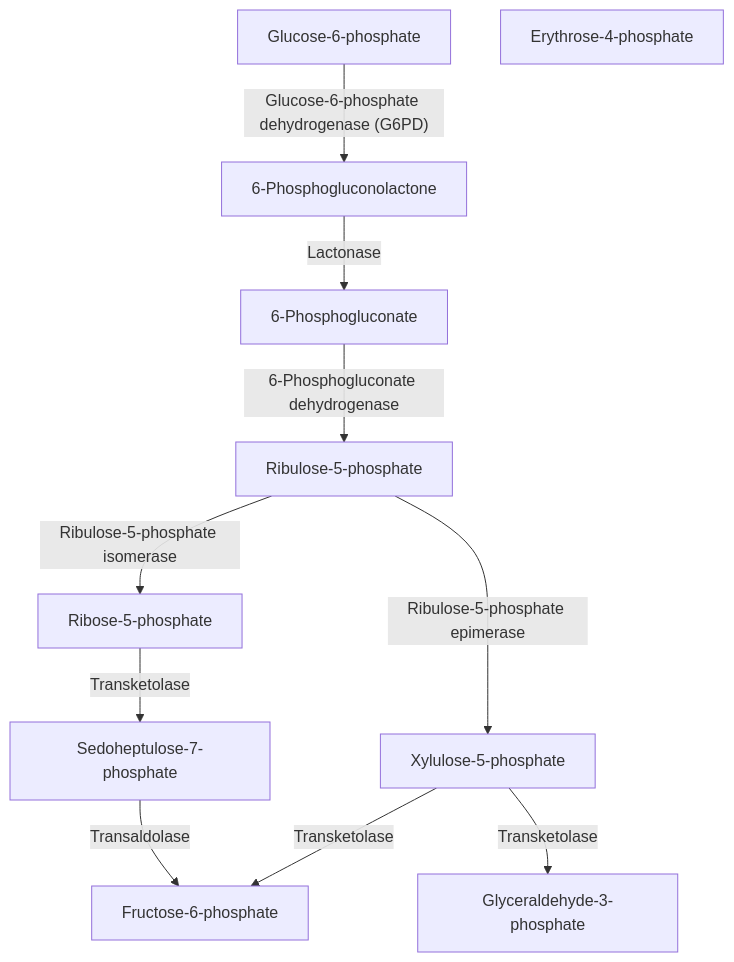
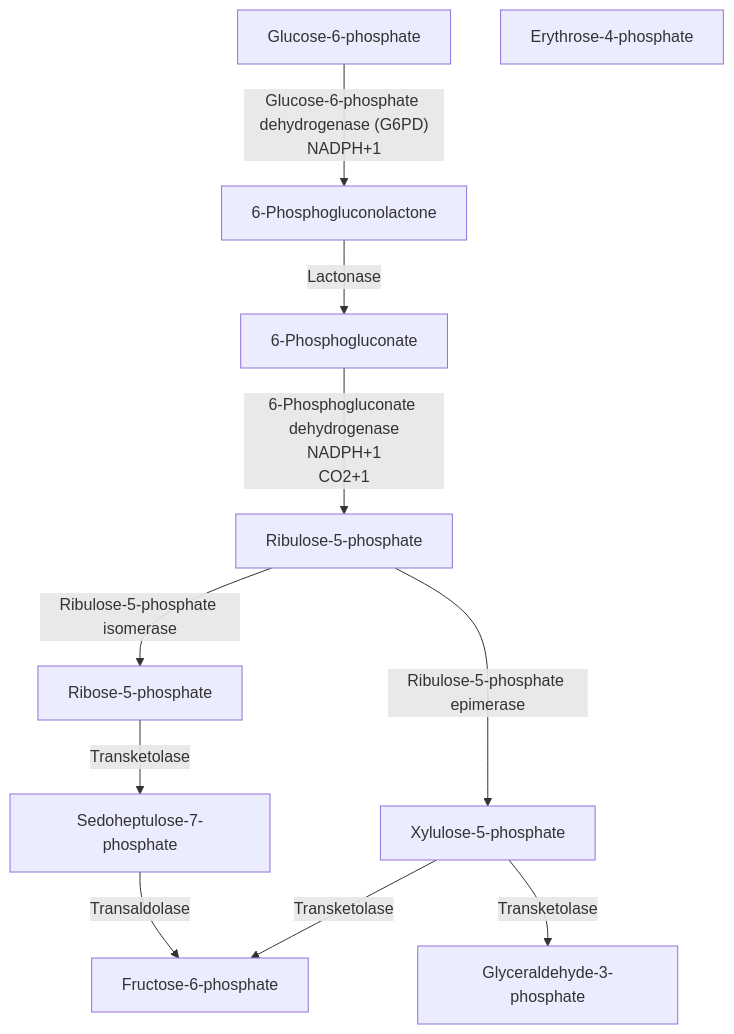
Before and after one commit to murffious/biology_as_code: the diagram in src/biology_as_code/pathways/packs/pentose_phosphate/pathway.mermaid, drawn with Mermaid. The commit also changed 23 other files, not shown here.

Commit message:
refactor: standardize metabolic cofactor sign conventions, update pathway diagrams, and consolidate type definitions.

```diff
--- a/src/biology_as_code/pathways/packs/pentose_phosphate/pathway.mermaid
+++ b/src/biology_as_code/pathways/packs/pentose_phosphate/pathway.mermaid
@@ -1,22 +1,22 @@
 flowchart TD
   %% Auto-generated from registry pathway: pentose_phosphate
   %% Do not hand-edit; re-run scripts/export_pathway_packs.py
   g6p["Glucose-6-phosphate"]
   6pgl["6-Phosphogluconolactone"]
   6pg["6-Phosphogluconate"]
   ru5p["Ribulose-5-phosphate"]
   r5p["Ribose-5-phosphate"]
   xu5p["Xylulose-5-phosphate"]
   s7p["Sedoheptulose-7-phosphate"]
   gap["Glyceraldehyde-3-phosphate"]
   f6p["Fructose-6-phosphate"]
   e4p["Erythrose-4-phosphate"]
-  g6p -->|"Glucose-6-phosphate dehydrogenase (G6PD)"| 6pgl
+  g6p -->|"Glucose-6-phosphate dehydrogenase (G6PD)<br/>NADPH+1"| 6pgl
   6pgl -->|"Lactonase"| 6pg
-  6pg -->|"6-Phosphogluconate dehydrogenase"| ru5p
+  6pg -->|"6-Phosphogluconate dehydrogenase<br/>NADPH+1<br/>CO2+1"| ru5p
   ru5p -->|"Ribulose-5-phosphate isomerase"| r5p
   ru5p -->|"Ribulose-5-phosphate epimerase"| xu5p
   xu5p -->|"Transketolase"| gap
   r5p -->|"Transketolase"| s7p
   s7p -->|"Transaldolase"| f6p
   xu5p -->|"Transketolase"| f6p
```
